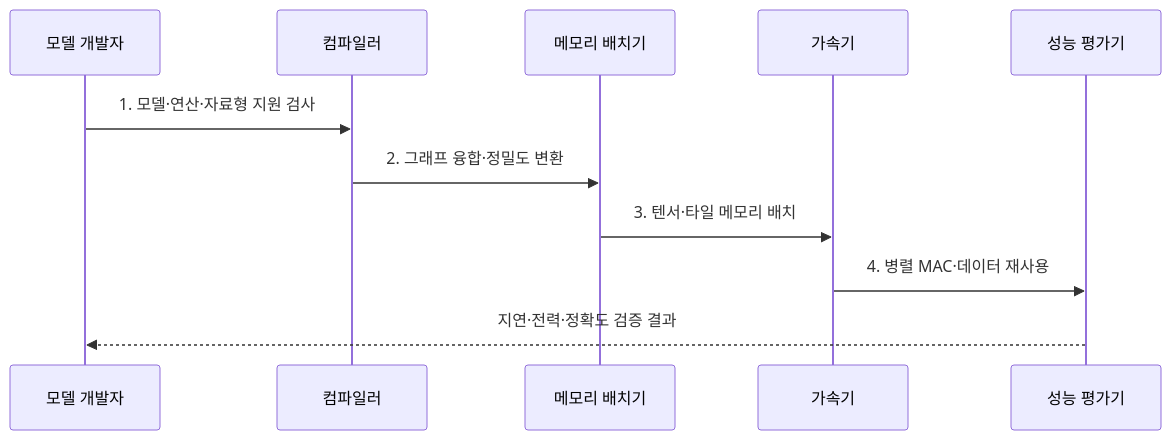
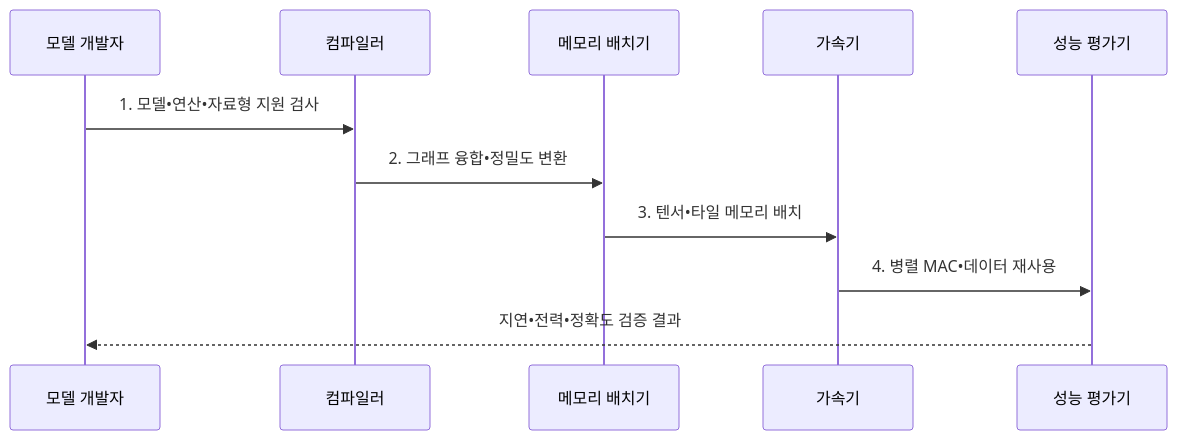
Before and after one commit to agnusdei1207/knowledge-base: the second of 2 diagrams in src/content/docs/notes/08-latest-tech/140_ai_accelerator.md, drawn with Mermaid. The commit also changed other lines of this file and 953 other files, not shown here.

````diff
--- a/src/content/docs/notes/08-latest-tech/140_ai_accelerator.md
+++ b/src/content/docs/notes/08-latest-tech/140_ai_accelerator.md
@@ -110,13 +110,13 @@
 ```mermaid
 sequenceDiagram
     participant M as 모델 개발자
     participant C as 컴파일러
     participant O as 메모리 배치기
     participant A as 가속기
     participant E as 성능 평가기
-    M->>C: 1. 모델·연산·자료형 지원 검사
-    C->>O: 2. 그래프 융합·정밀도 변환
-    O->>A: 3. 텐서·타일 메모리 배치
-    A->>E: 4. 병렬 MAC·데이터 재사용
-    E-->>M: 지연·전력·정확도 검증 결과
+    M->>C: 1. 모델•연산•자료형 지원 검사
+    C->>O: 2. 그래프 융합•정밀도 변환
+    O->>A: 3. 텐서•타일 메모리 배치
+    A->>E: 4. 병렬 MAC•데이터 재사용
+    E-->>M: 지연•전력•정확도 검증 결과
 ```
````
